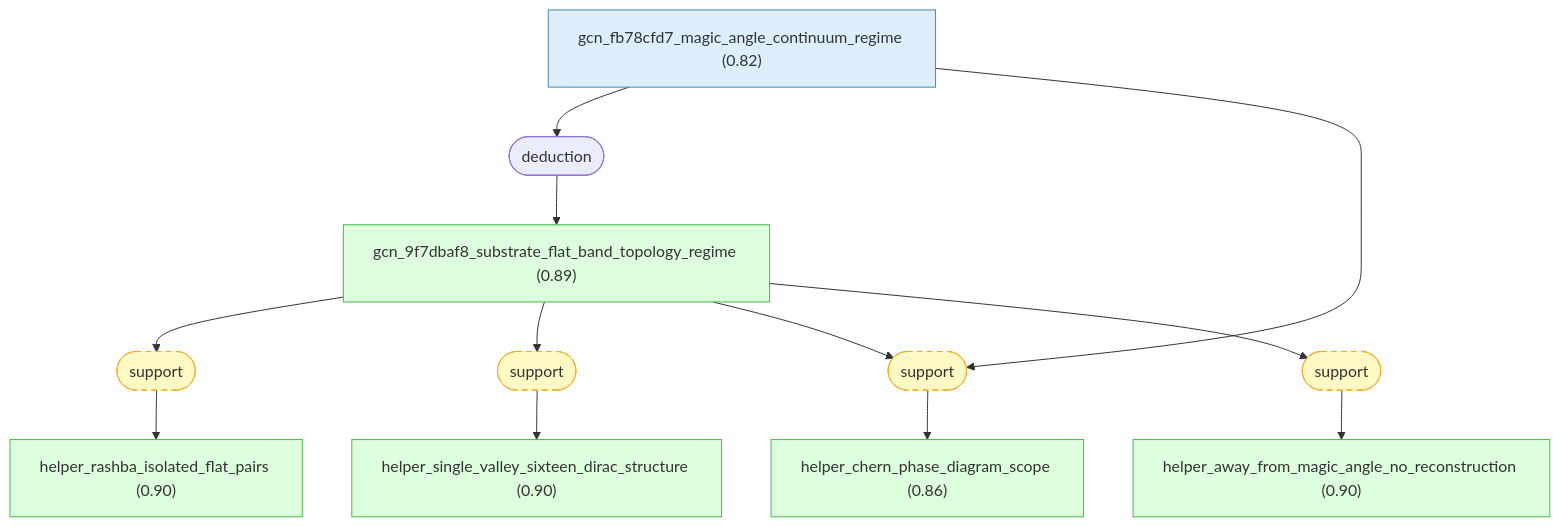
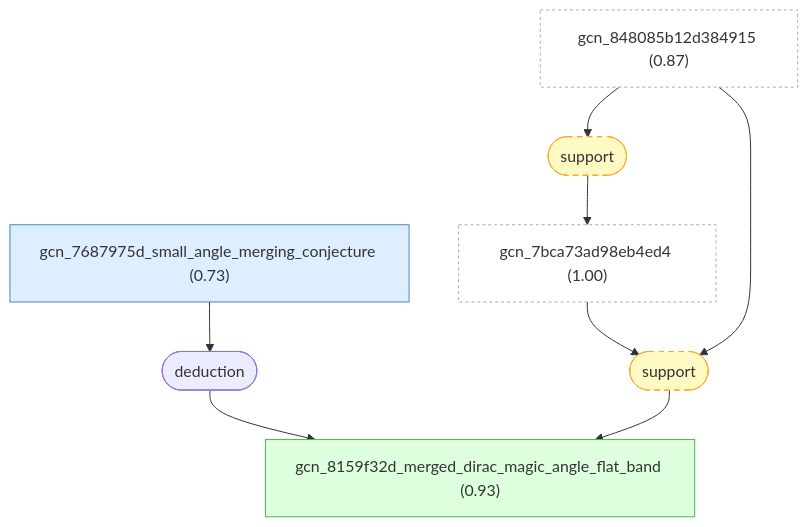
One commit to Callo42/tbg-magic-angle-gaia changed the tenth of 10 diagrams in docs/detailed-reasoning.md. Above: the diagram before and after it, drawn with Mermaid. The commit also changed other lines of this file and 50 other files, not shown here.

First line of the commit message:
Regenerate TBG graph from connected root

````diff
--- a/docs/detailed-reasoning.md
+++ b/docs/detailed-reasoning.md
@@ -1438,35 +833,27 @@
 ```mermaid
 graph TD
-    gcn_fb78cfd7_magic_angle_continuum_regime["gcn_fb78cfd7_magic_angle_continuum_regime (0.82)"]:::premise
-    gcn_9f7dbaf8_substrate_flat_band_topology_regime["gcn_9f7dbaf8_substrate_flat_band_topology_regime (0.89)"]:::derived
-    helper_rashba_isolated_flat_pairs["helper_rashba_isolated_flat_pairs (0.90)"]:::derived
-    helper_single_valley_sixteen_dirac_structure["helper_single_valley_sixteen_dirac_structure (0.90)"]:::derived
-    helper_chern_phase_diagram_scope["helper_chern_phase_diagram_scope (0.86)"]:::derived
-    helper_away_from_magic_angle_no_reconstruction["helper_away_from_magic_angle_no_reconstruction (0.90)"]:::derived
-    strat_23(["deduction"])
-    gcn_fb78cfd7_magic_angle_continuum_regime --> strat_23
-    strat_23 --> gcn_9f7dbaf8_substrate_flat_band_topology_regime
-    strat_24(["support"]):::weak
-    gcn_9f7dbaf8_substrate_flat_band_topology_regime --> strat_24
-    strat_24 --> helper_rashba_isolated_flat_pairs
-    strat_25(["support"]):::weak
-    gcn_9f7dbaf8_substrate_flat_band_topology_regime --> strat_25
-    strat_25 --> helper_single_valley_sixteen_dirac_structure
-    strat_26(["support"]):::weak
-    gcn_fb78cfd7_magic_angle_continuum_regime --> strat_26
-    gcn_9f7dbaf8_substrate_flat_band_topology_regime --> strat_26
-    strat_26 --> helper_chern_phase_diagram_scope
-    strat_27(["support"]):::weak
-    gcn_9f7dbaf8_substrate_flat_band_topology_regime --> strat_27
-    strat_27 --> helper_away_from_magic_angle_no_reconstruction
+    gcn_7bca73ad98eb4ed4["gcn_7bca73ad98eb4ed4 (1.00)"]:::external
+    gcn_848085b12d384915["gcn_848085b12d384915 (0.87)"]:::external
+    gcn_7687975d_small_angle_merging_conjecture["gcn_7687975d_small_angle_merging_conjecture (0.73)"]:::premise
+    gcn_8159f32d_merged_dirac_magic_angle_flat_band["gcn_8159f32d_merged_dirac_magic_angle_flat_band (0.93)"]:::derived
+    strat_9(["deduction"])
+    gcn_7687975d_small_angle_merging_conjecture --> strat_9
+    strat_9 --> gcn_8159f32d_merged_dirac_magic_angle_flat_band
+    strat_13(["support"]):::weak
+    gcn_848085b12d384915 --> strat_13
+    strat_13 --> gcn_7bca73ad98eb4ed4
+    strat_18(["support"]):::weak
+    gcn_7bca73ad98eb4ed4 --> strat_18
+    gcn_848085b12d384915 --> strat_18
+    strat_18 --> gcn_8159f32d_merged_dirac_magic_angle_flat_band
 
     classDef setting fill:#f0f0f0,stroke:#999,color:#333
     classDef premise fill:#ddeeff,stroke:#4488bb,color:#333
     classDef derived fill:#ddffdd,stroke:#44bb44,color:#333
     classDef question fill:#fff3dd,stroke:#cc9944,color:#333
     classDef background fill:#f5f5f5,stroke:#bbb,stroke-dasharray: 5 5,color:#333
     classDef orphan fill:#fff,stroke:#ccc,stroke-dasharray: 5 5,color:#333
     classDef external fill:#fff,stroke:#aaa,stroke-dasharray: 3 3,color:#333
     classDef weak fill:#fff9c4,stroke:#f9a825,stroke-dasharray: 5 5,color:#333
     classDef contra fill:#ffebee,stroke:#c62828,color:#333
 ```
````
